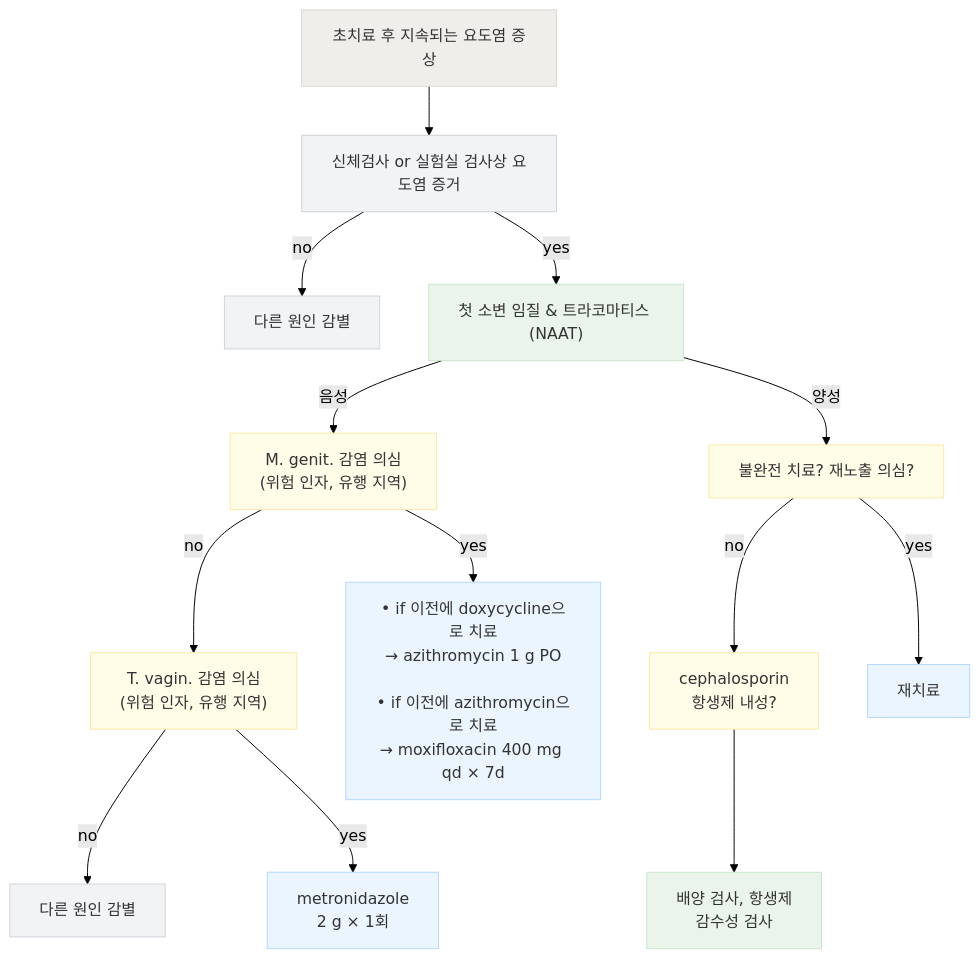
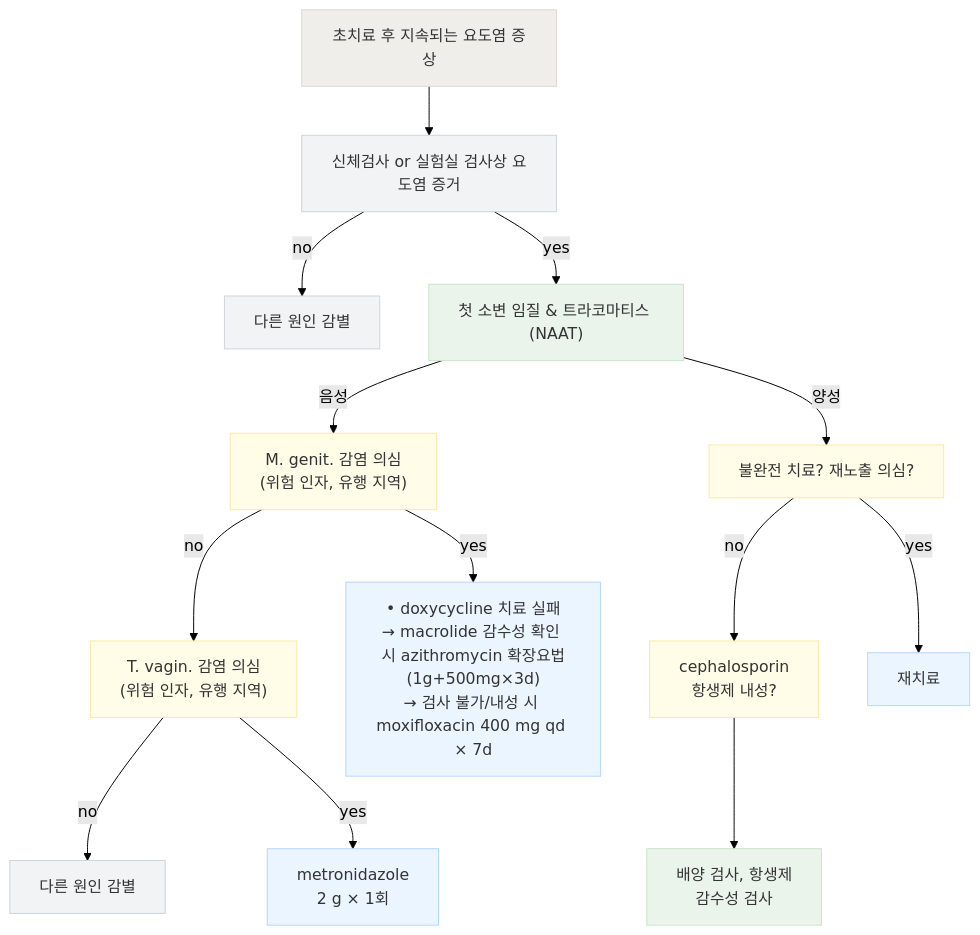
One commit to familyoh77/familyoh77 changed the diagram in 227_/115_-urethritis.md. Above: the diagram before and after it, drawn with Mermaid (forest theme). The commit also changed other lines of this file, not shown here.

````diff
--- a/227_/115_-urethritis.md
+++ b/227_/115_-urethritis.md
@@ -153,34 +154,34 @@
 ```mermaid
 flowchart TD
     Start["초치료 후 지속되는 요도염 증상"] --> A["신체검사 or 실험실 검사상 요도염 증거"]
 
     A -- no --> B["다른 원인 감별"]
     A -- yes --> C["첫 소변 임질 & 트라코마티스 (NAAT)"]
 
     C -- 음성 --> D["M. genit. 감염 의심<br>(위험 인자, 유행 지역)"]
     C -- 양성 --> E["불완전 치료? 재노출 의심?"]
 
     D -- no --> F["T. vagin. 감염 의심<br>(위험 인자, 유행 지역)"]
-    D -- yes --> G["• if 이전에 doxycycline으로 치료<br>→ azithromycin 1 g PO<br><br>• if 이전에 azithromycin으로 치료<br>→ moxifloxacin 400 mg qd × 7d"]
+    D -- yes --> G["• doxycycline 치료 실패<br>→ macrolide 감수성 확인 시 azithromycin 확장요법(1g+500mg×3d)<br>→ 검사 불가/내성 시 moxifloxacin 400 mg qd × 7d"]
 
     F -- no --> H["다른 원인 감별"]
     F -- yes --> I["metronidazole<br>2 g × 1회"]
 
     E -- no --> J["cephalosporin<br>항생제 내성?"]
     E -- yes --> K["재치료"]
 
     J --> L["배양 검사, 항생제<br>감수성 검사"]
 
     %% Styling
     classDef start fill:#f0eeeb,stroke:#dcd8d0,color:#333;
     classDef gray fill:#f1f3f5,stroke:#ced4da,color:#333;
     classDef green fill:#eaf4eb,stroke:#c8e6ca,color:#333;
     classDef yellow fill:#fffce8,stroke:#fbe8a6,color:#333;
     classDef blue fill:#ebf5ff,stroke:#b3d8ff,color:#333;
 
     class Start start;
     class A,B,H gray;
     class C,L green;
     class D,E,F,J yellow;
     class G,I,K blue;
 ```
````
